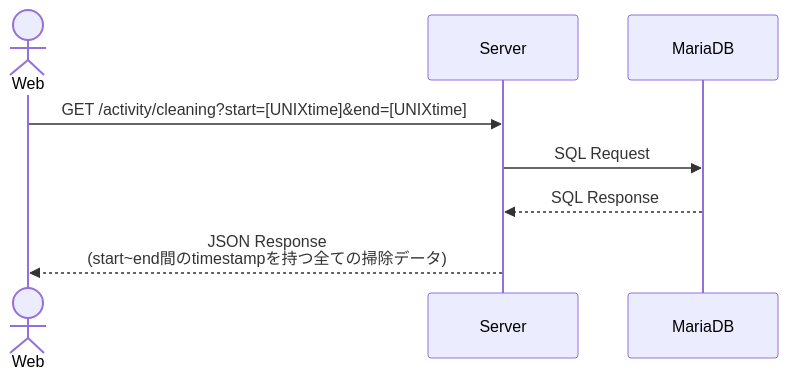
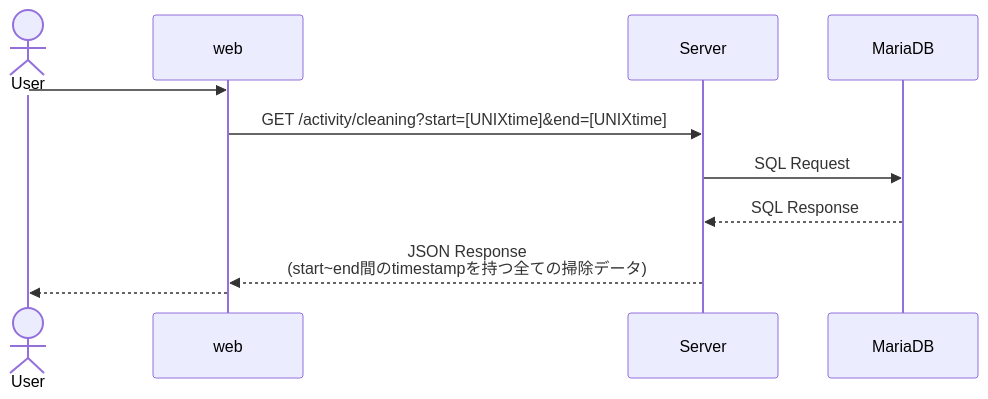
Before and after one commit to 42association/42ActivityAPI: the diagram in doc/sequence/getCleaningInfo.md, drawn with Mermaid.

Commit message:
fix sequence

````diff
--- a/doc/sequence/getCleaningInfo.md
+++ b/doc/sequence/getCleaningInfo.md
@@ -3,13 +3,17 @@
 ```mermaid
 sequenceDiagram
 
-actor web as Web
+actor user as User
 
+participant user
 participant web
 participant Server
 participant MariaDB
+
+user->>web: 
 web->>Server: GET /activity/cleaning?start=[UNIXtime]&end=[UNIXtime]
 Server->>MariaDB: SQL Request
 MariaDB-->>Server: SQL Response
 Server-->>web: JSON Response<br>(start~end間のtimestampを持つ全ての掃除データ)
+web-->>user: 
 ```
````
